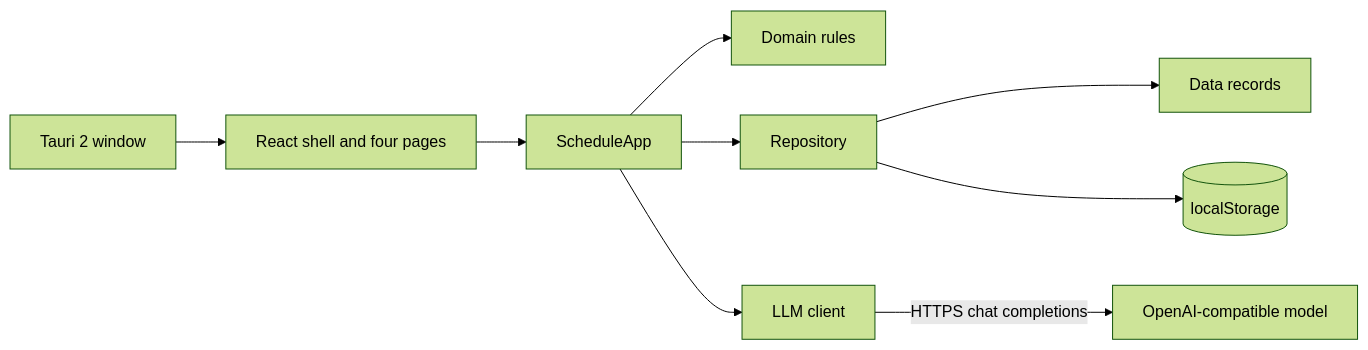
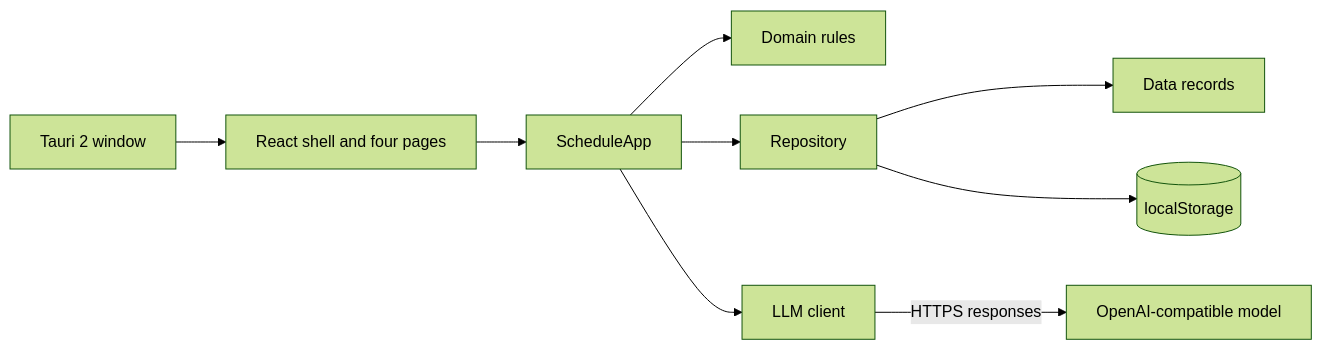
Before and after one commit to lintaojlu/CEOS: the diagram in README.md, drawn with Mermaid (forest theme). The commit also changed other lines of this file and 24 other files, not shown here.

````diff
--- a/README.md
+++ b/README.md
@@ -97,11 +97,11 @@
 ```mermaid
 flowchart LR
   window[Tauri 2 window] --> ui[React shell and four pages]
   ui --> schedApp[ScheduleApp]
   schedApp --> domain[Domain rules]
   schedApp --> repo[Repository]
   repo --> records[Data records]
   repo --> store[(localStorage)]
   schedApp --> llm[LLM client]
-  llm -->|HTTPS chat completions| ark[OpenAI-compatible model]
+  llm -->|HTTPS responses| ark[OpenAI-compatible model]
 ```
````
